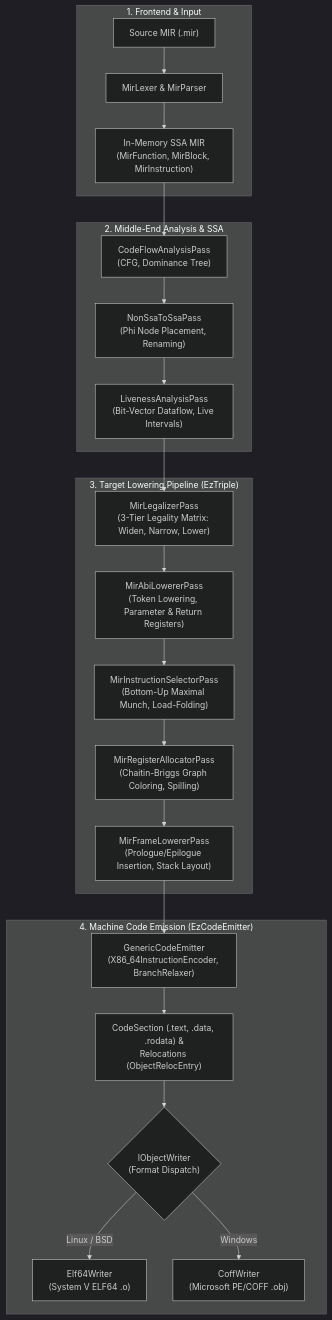
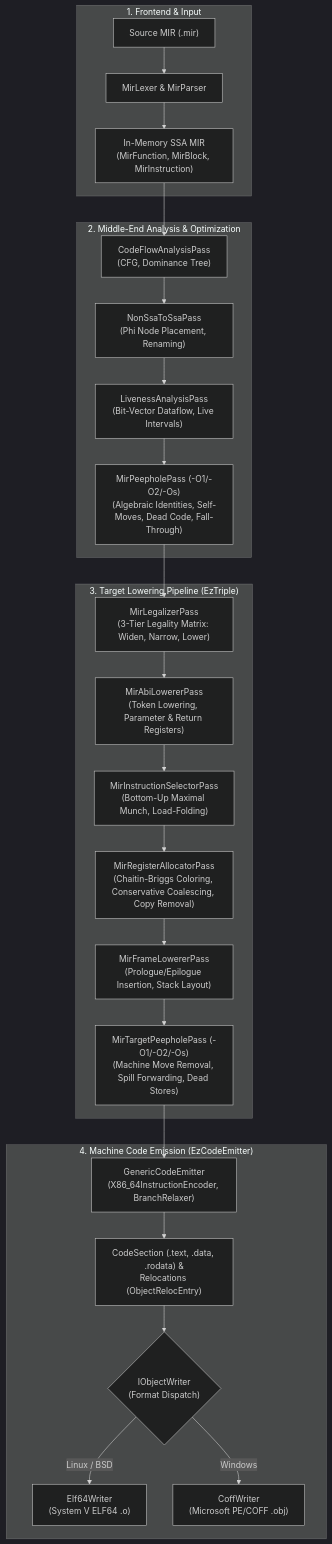
The first of 2 diagrams in docs/index.md (DaniTRDev/EzPacker), drawn with Mermaid (dark theme) before and after one commit. The commit also changed other lines of this file and 5 other files, not shown here.

Commit message:
docs: document generic peephole, register coalescing, and target peephole optimizations

````diff
--- a/docs/index.md
+++ b/docs/index.md
@@ -13,29 +13,31 @@
 ```mermaid
 flowchart TD
     subgraph Frontend["1. Frontend & Input"]
         InputMIR["Source MIR (.mir)"] --> Parser["MirLexer & MirParser"]
         Parser --> InMemMIR["In-Memory SSA MIR\n(MirFunction, MirBlock, MirInstruction)"]
     end
 
-    subgraph MiddleEnd["2. Middle-End Analysis & SSA"]
+    subgraph MiddleEnd["2. Middle-End Analysis & Optimization"]
         InMemMIR --> CFGPass["CodeFlowAnalysisPass\n(CFG, Dominance Tree)"]
         CFGPass --> SSAPass["NonSsaToSsaPass\n(Phi Node Placement, Renaming)"]
         SSAPass --> LivenessPass["LivenessAnalysisPass\n(Bit-Vector Dataflow, Live Intervals)"]
+        LivenessPass --> PeepholePass["MirPeepholePass (-O1/-O2/-Os)\n(Algebraic Identities, Self-Moves, Dead Code, Fall-Through)"]
     end
 
     subgraph Lowering["3. Target Lowering Pipeline (EzTriple)"]
-        LivenessPass --> Legalizer["MirLegalizerPass\n(3-Tier Legality Matrix: Widen, Narrow, Lower)"]
+        PeepholePass --> Legalizer["MirLegalizerPass\n(3-Tier Legality Matrix: Widen, Narrow, Lower)"]
         Legalizer --> ABILower["MirAbiLowererPass\n(Token Lowering, Parameter & Return Registers)"]
         ABILower --> ISel["MirInstructionSelectorPass\n(Bottom-Up Maximal Munch, Load-Folding)"]
-        ISel --> RegAlloc["MirRegisterAllocatorPass\n(Chaitin-Briggs Graph Coloring, Spilling)"]
+        ISel --> RegAlloc["MirRegisterAllocatorPass\n(Chaitin-Briggs Coloring, Conservative Coalescing, Copy Removal)"]
         RegAlloc --> FrameLower["MirFrameLowererPass\n(Prologue/Epilogue Insertion, Stack Layout)"]
+        FrameLower --> TargetPeephole["MirTargetPeepholePass (-O1/-O2/-Os)\n(Machine Move Removal, Spill Forwarding, Dead Stores)"]
     end
 
     subgraph Backend["4. Machine Code Emission (EzCodeEmitter)"]
-        FrameLower --> CodeEmitter["GenericCodeEmitter\n(X86_64InstructionEncoder, BranchRelaxer)"]
+        TargetPeephole --> CodeEmitter["GenericCodeEmitter\n(X86_64InstructionEncoder, BranchRelaxer)"]
         CodeEmitter --> Sections["CodeSection (.text, .data, .rodata) &\nRelocations (ObjectRelocEntry)"]
         Sections --> ObjectWriter{"IObjectWriter\n(Format Dispatch)"}
         ObjectWriter -->|Linux / BSD| ElfWriter["Elf64Writer\n(System V ELF64 .o)"]
         ObjectWriter -->|Windows| CoffWriter["CoffWriter\n(Microsoft PE/COFF .obj)"]
     end
 ```
````
